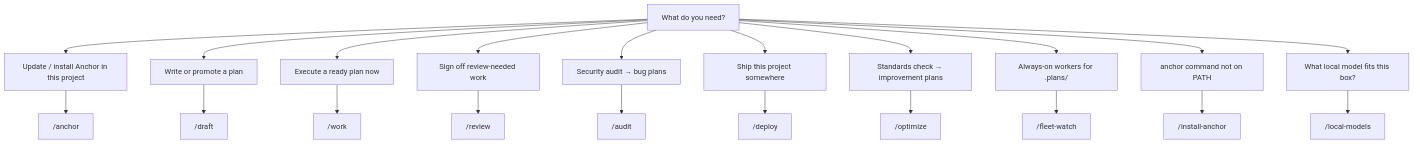
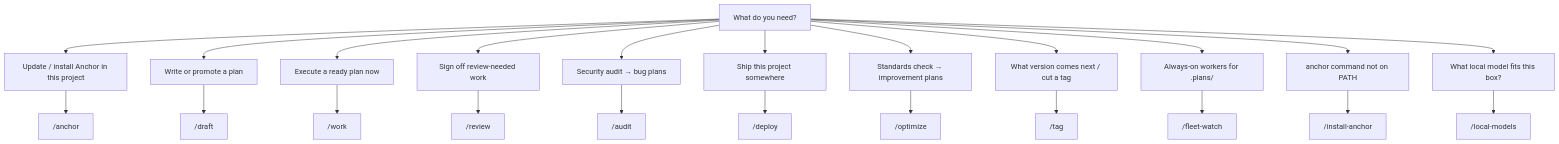
Before and after one commit to carefreeinv/anchor: the diagram in docs/docs/skills/overview.md, drawn with Mermaid. The commit also changed other lines of this file and 9 other files, not shown here.

````diff
--- a/docs/docs/skills/overview.md
+++ b/docs/docs/skills/overview.md
@@ -29,24 +30,26 @@
 ```mermaid
 flowchart TD
   q["What do you need?"]
   q --> a["Update / install Anchor in this project"]
   q --> p["Write or promote a plan"]
   q --> e["Execute a ready plan now"]
   q --> r["Sign off review-needed work"]
   q --> u["Security audit → bug plans"]
   q --> d["Ship this project somewhere"]
   q --> o["Standards check → improvement plans"]
+  q --> t["What version comes next / cut a tag"]
   q --> b["Always-on workers for .plans/"]
   q --> c["anchor command not on PATH"]
   q --> l["What local model fits this box?"]
   a --> sa["/anchor"]
   p --> sd["/draft"]
   e --> sw["/work"]
   r --> sr["/review"]
   u --> su["/audit"]
   d --> sp["/deploy"]
   o --> so["/optimize"]
+  t --> st["/tag"]
   b --> sf["/fleet-watch"]
   c --> si["/install-anchor"]
   l --> sl["/local-models"]
 ```
````
